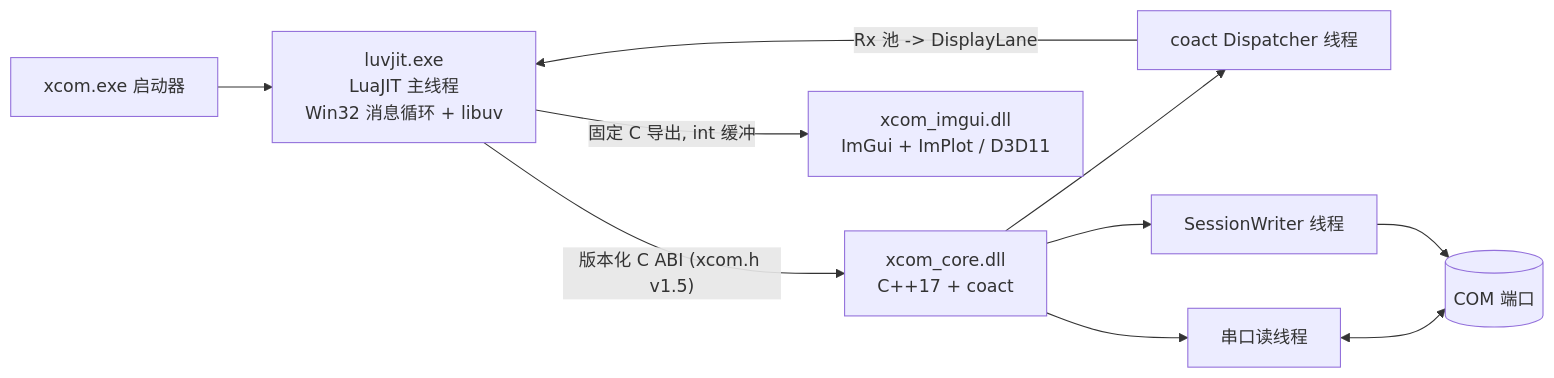
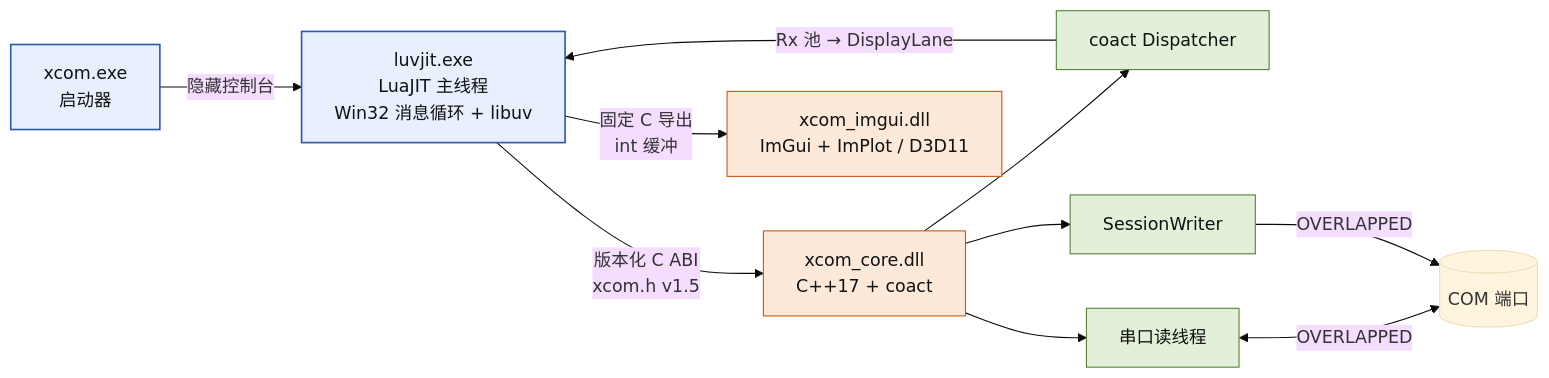
The first of 2 diagrams in README_zh.md (DeguiLiu/xcom_lua), drawn with Mermaid before and after one commit. The commit also changed other lines of this file and 19 other files, not shown here.

````diff
--- a/README_zh.md
+++ b/README_zh.md
@@ -11,12 +11,17 @@
 ```mermaid
+%%{init: {'theme':'base','themeVariables':{'fontFamily':'monospace'}}}%%
 flowchart LR
-  EXE["xcom.exe 启动器"] --> LJ["luvjit.exe<br/>LuaJIT 主线程<br/>Win32 消息循环 + libuv"]
-  LJ -->|"版本化 C ABI (xcom.h v1.5)"| CORE["xcom_core.dll<br/>C++17 + coact"]
-  LJ -->|"固定 C 导出, int 缓冲"| IMG["xcom_imgui.dll<br/>ImGui + ImPlot / D3D11"]
-  CORE --> D["coact Dispatcher 线程"]
-  CORE --> W["SessionWriter 线程"]
-  CORE --> R["串口读线程"]
-  R <--> COM[("COM 端口")]
-  W --> COM
-  D -->|"Rx 池 -> DisplayLane"| LJ
+  classDef proc fill:#E8F0FE,stroke:#2E5AAC,color:#111,stroke-width:1.5px
+  classDef dll fill:#FDE9D9,stroke:#C55A11,color:#111
+  classDef th fill:#E2F0D9,stroke:#548235,color:#111
+
+  EXE["xcom.exe<br/>启动器"]:::proc -->|"隐藏控制台"| LJ["luvjit.exe<br/>LuaJIT 主线程<br/>Win32 消息循环 + libuv"]:::proc
+  LJ -->|"版本化 C ABI<br/>xcom.h v1.5"| CORE["xcom_core.dll<br/>C++17 + coact"]:::dll
+  LJ -->|"固定 C 导出<br/>int 缓冲"| IMG["xcom_imgui.dll<br/>ImGui + ImPlot / D3D11"]:::dll
+  CORE --> D["coact Dispatcher"]:::th
+  CORE --> W["SessionWriter"]:::th
+  CORE --> R["串口读线程"]:::th
+  R <-->|"OVERLAPPED"| COM[("COM 端口")]
+  W -->|"OVERLAPPED"| COM
+  D -->|"Rx 池 → DisplayLane"| LJ
 ```
````
